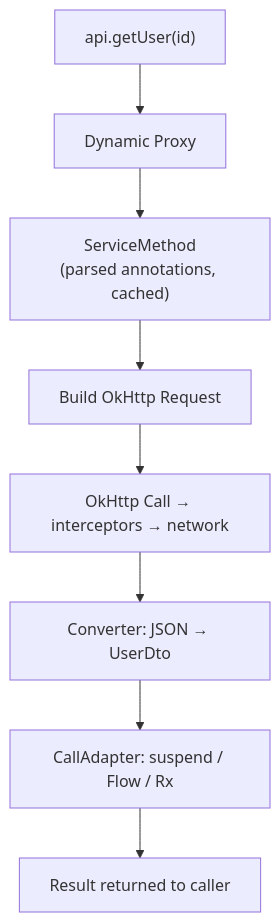
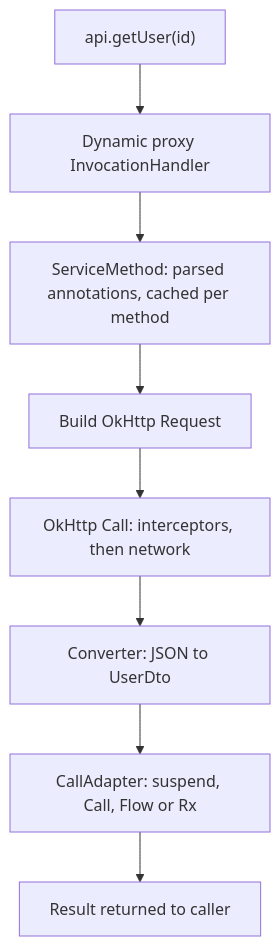
One commit to AkshayAshokCode/Android-Interview-Questions-cheat-sheet changed the second of 10 diagrams in topics/15-networking.md. Above: the diagram before and after it, drawn with Mermaid. The commit also changed other lines of this file and 21 other files, not shown here.

````diff
--- a/topics/15-networking.md
+++ b/topics/15-networking.md
@@ -58,10 +236,10 @@
 ```mermaid
 flowchart TD
-    C["api.getUser(id)"] --> P["Dynamic Proxy"]
-    P --> SM["ServiceMethod<br/>(parsed annotations, cached)"]
+    C["api.getUser(id)"] --> P["Dynamic proxy InvocationHandler"]
+    P --> SM["ServiceMethod: parsed annotations, cached per method"]
     SM --> RQ["Build OkHttp Request"]
-    RQ --> OK["OkHttp Call → interceptors → network"]
-    OK --> CV["Converter: JSON → UserDto"]
-    CV --> CA["CallAdapter: suspend / Flow / Rx"]
+    RQ --> OK["OkHttp Call: interceptors, then network"]
+    OK --> CV["Converter: JSON to UserDto"]
+    CV --> CA["CallAdapter: suspend, Call, Flow or Rx"]
     CA --> R["Result returned to caller"]
 ```
````
